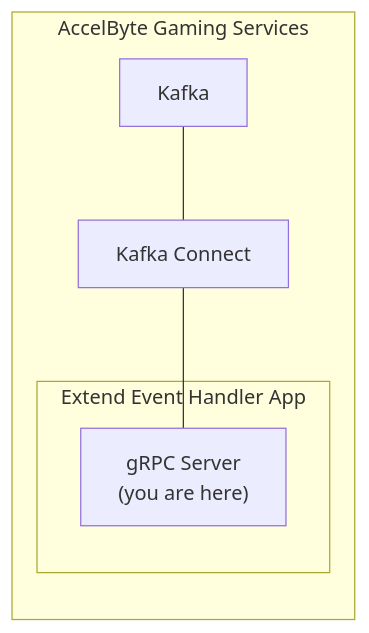
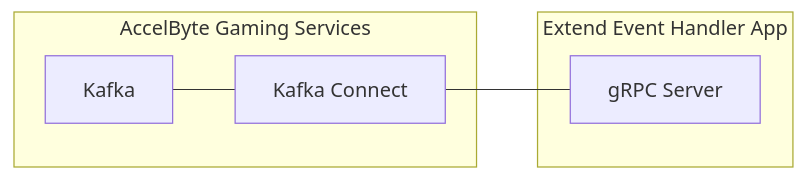
The diagram in README.md (AccelByte/extend-event-handler-python), drawn with Mermaid before and after one commit.

Commit message:
docs(readme): fix mermaid diagram

````diff
--- a/README.md
+++ b/README.md
@@ -3,13 +3,12 @@
 ```mermaid
 flowchart LR
    subgraph AccelByte Gaming Services
    KF[Kafka]
-   KB[Kafka Connect]  
+   KB[Kafka Connect]
+   end
    subgraph Extend Event Handler App
-
-   SV["gRPC Server\n(you are here)"]   
-   end   
+   SV["gRPC Server"]   
    KB --- SV
    KF --- KB
    end   
 ```
````
